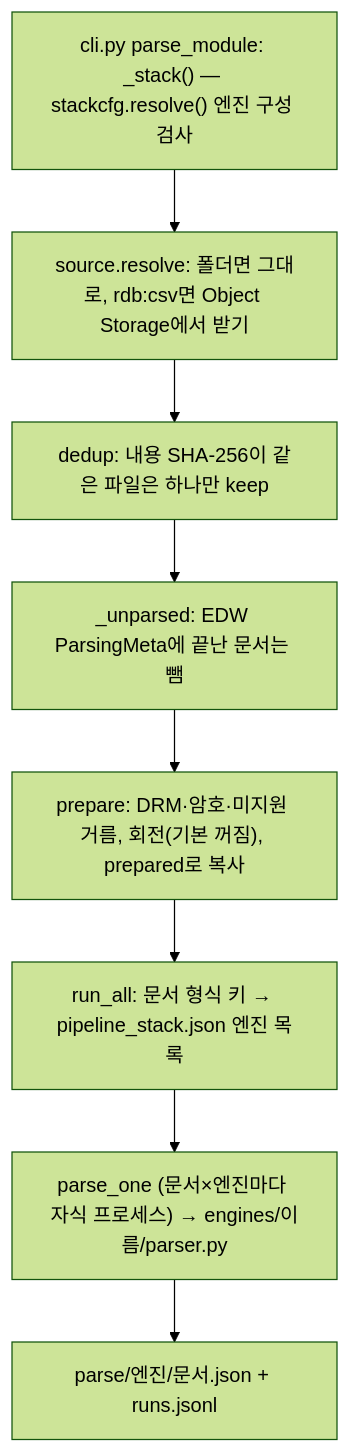
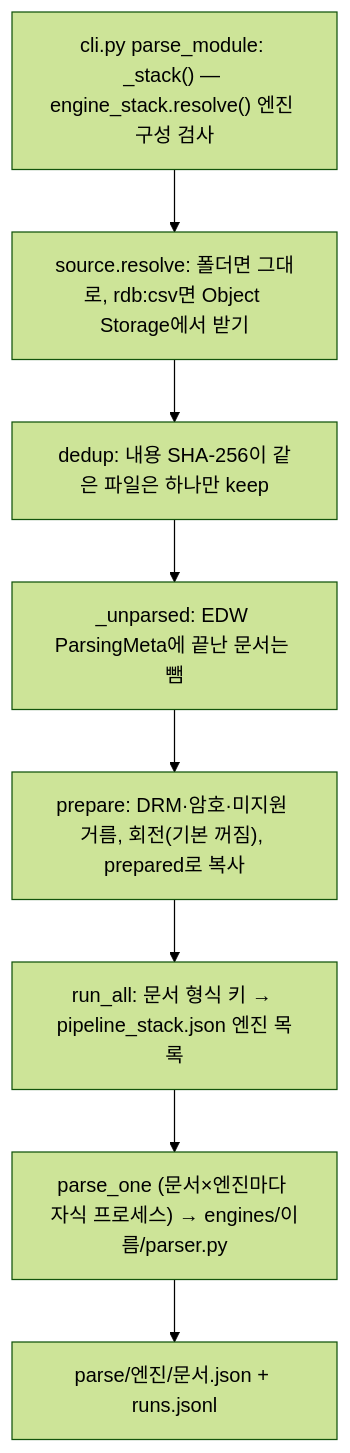
The fourth of 11 diagrams in docs/architecture/parse_flow.md (gigasamba/sbl_data_parsing), drawn with Mermaid (forest theme) before and after one commit. The commit also changed other lines of this file and 19 other files, not shown here.

````diff
--- a/docs/architecture/parse_flow.md
+++ b/docs/architecture/parse_flow.md
@@ -114,12 +114,12 @@
 ```mermaid
 flowchart TD
-    S0["cli.py parse_module: _stack() — stackcfg.resolve() 엔진 구성 검사"]
+    S0["cli.py parse_module: _stack() — engine_stack.resolve() 엔진 구성 검사"]
     S1["source.resolve: 폴더면 그대로, rdb:csv면 Object Storage에서 받기"]
     S2["dedup: 내용 SHA-256이 같은 파일은 하나만 keep"]
     S3["_unparsed: EDW ParsingMeta에 끝난 문서는 뺌"]
     S4["prepare: DRM·암호·미지원 거름, 회전(기본 꺼짐), prepared로 복사"]
     S5["run_all: 문서 형식 키 → pipeline_stack.json 엔진 목록"]
     S6["parse_one (문서×엔진마다 자식 프로세스) → engines/이름/parser.py"]
     S7["parse/엔진/문서.json + runs.jsonl"]
     S0 --> S1 --> S2 --> S3 --> S4 --> S5 --> S6 --> S7
 ```
````
